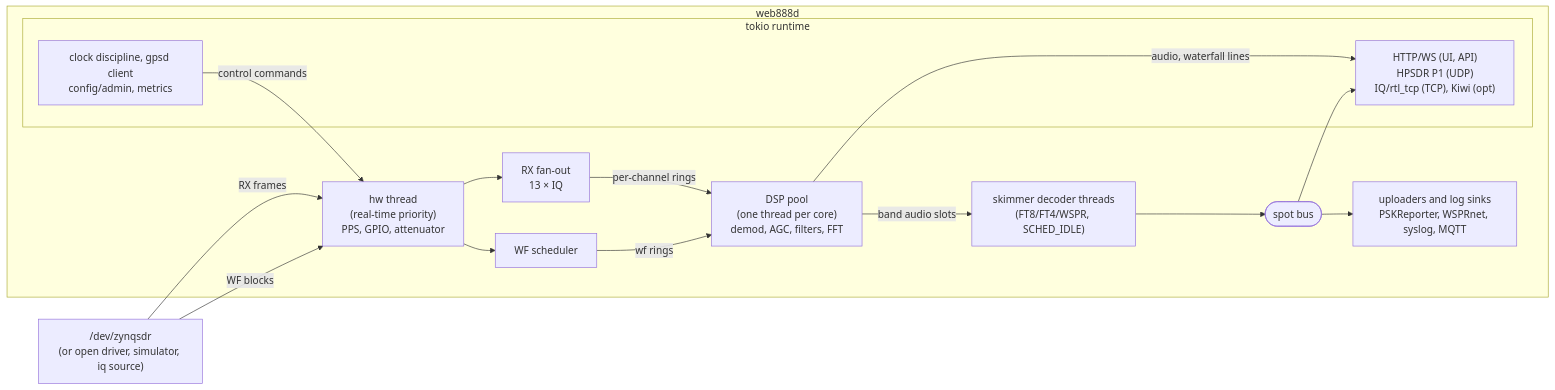
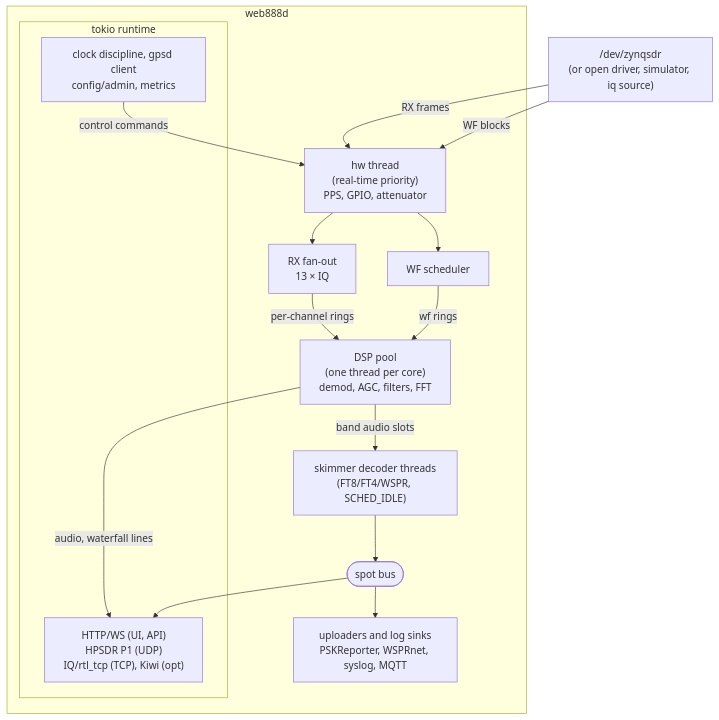
Before and after one commit to jeskko/web888-ng: the diagram in doc/design.md, drawn with Mermaid.

Commit message:
flowchart orientation change

````diff
--- a/doc/design.md
+++ b/doc/design.md
@@ -64,33 +64,33 @@
 ```mermaid
-flowchart LR
+flowchart TD
     dev["/dev/zynqsdr<br/>(or open driver, simulator, iq source)"]
 
     subgraph web888d
         hw["hw thread<br/>(real-time priority)<br/>PPS, GPIO, attenuator"]
         fan["RX fan-out<br/>13 × IQ"]
         wfs["WF scheduler"]
         pool["DSP pool<br/>(one thread per core)<br/>demod, AGC, filters, FFT"]
         skim["skimmer decoder threads<br/>(FT8/FT4/WSPR, SCHED_IDLE)"]
         bus(["spot bus"])
 
         subgraph tokio["tokio runtime"]
             net["HTTP/WS (UI, API)<br/>HPSDR P1 (UDP)<br/>IQ/rtl_tcp (TCP), Kiwi (opt)"]
             ops["clock discipline, gpsd client<br/>config/admin, metrics"]
         end
 
         sinks["uploaders and log sinks<br/>PSKReporter, WSPRnet, syslog, MQTT"]
     end
 
     dev -- "RX frames" --> hw
     dev -- "WF blocks" --> hw
     hw --> fan
     hw --> wfs
     fan -- "per-channel rings" --> pool
     wfs -- "wf rings" --> pool
     pool -- "audio, waterfall lines" --> net
     pool -- "band audio slots" --> skim
     skim --> bus
     bus --> net
     bus --> sinks
     ops -- "control commands" --> hw
 ```
````
